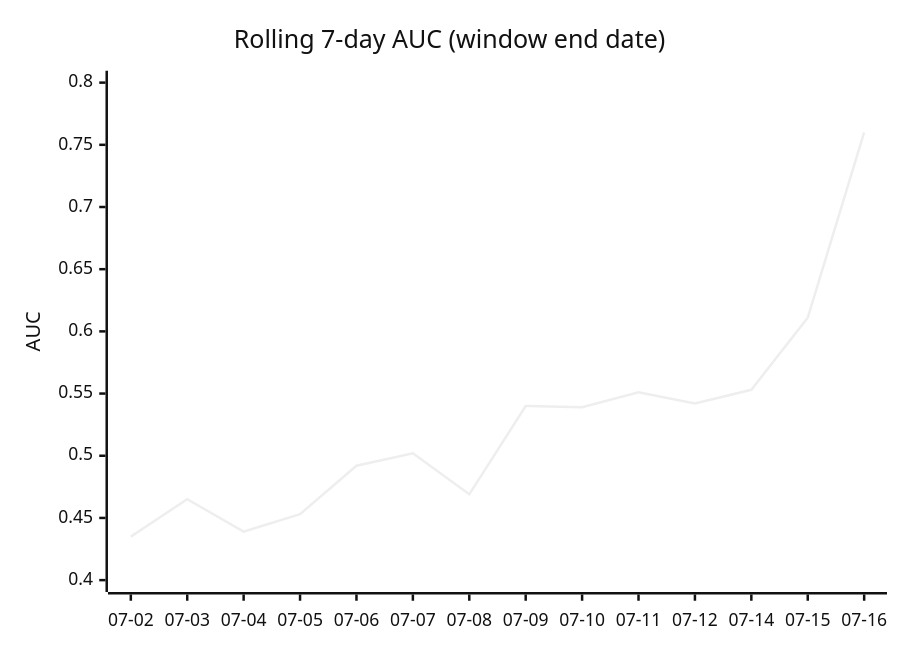
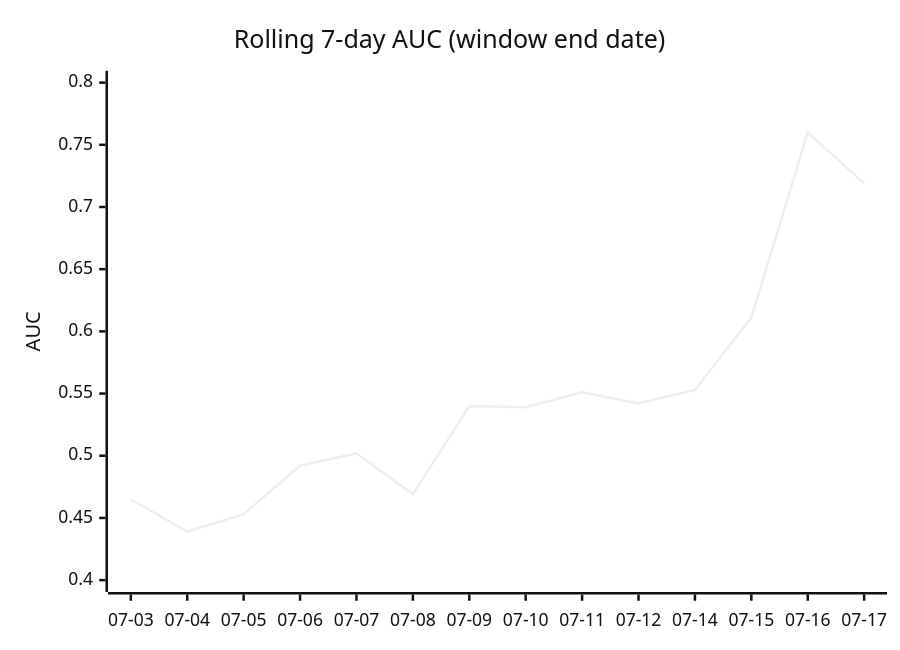
Before and after one commit to dpk1212/nhl-savant: the fourth of 5 diagrams in DAILY_AGSU_REPORT.md, drawn with Mermaid (neutral theme). The commit also changed other lines of this file, not shown here.

````diff
--- a/DAILY_AGSU_REPORT.md
+++ b/DAILY_AGSU_REPORT.md
@@ -711,7 +720,7 @@
 ```mermaid
 xychart-beta
     title "Rolling 7-day AUC (window end date)"
-    x-axis ["07-02", "07-03", "07-04", "07-05", "07-06", "07-07", "07-08", "07-09", "07-10", "07-11", "07-12", "07-14", "07-15", "07-16"]
+    x-axis ["07-03", "07-04", "07-05", "07-06", "07-07", "07-08", "07-09", "07-10", "07-11", "07-12", "07-14", "07-15", "07-16", "07-17"]
     y-axis "AUC" 0.4 --> 0.8
-    line [0.435, 0.465, 0.439, 0.453, 0.492, 0.502, 0.469, 0.54, 0.539, 0.551, 0.542, 0.553, 0.611, 0.76]
+    line [0.465, 0.439, 0.453, 0.492, 0.502, 0.469, 0.54, 0.539, 0.551, 0.542, 0.553, 0.611, 0.76, 0.719]
 ```
````
